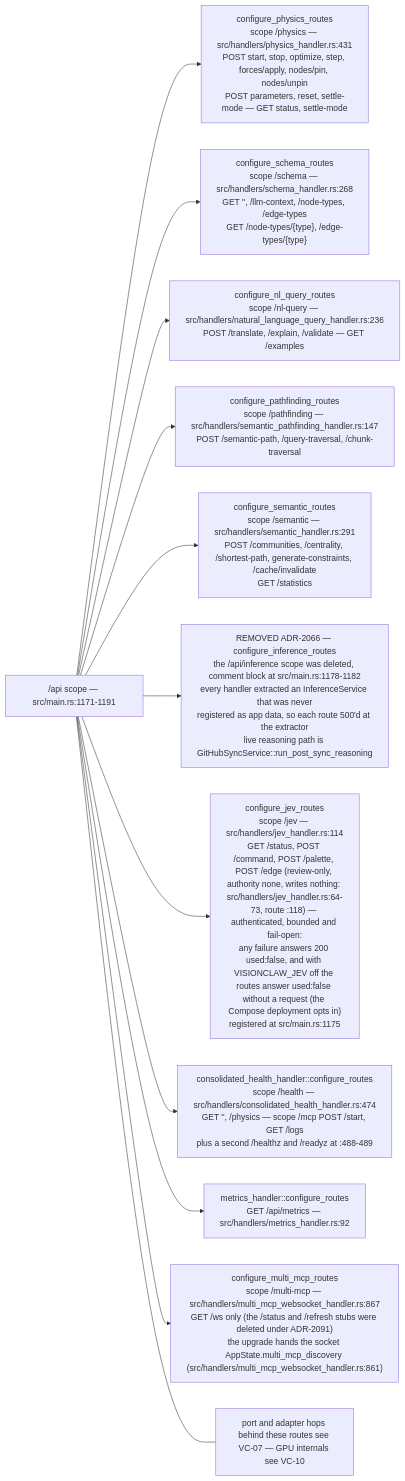
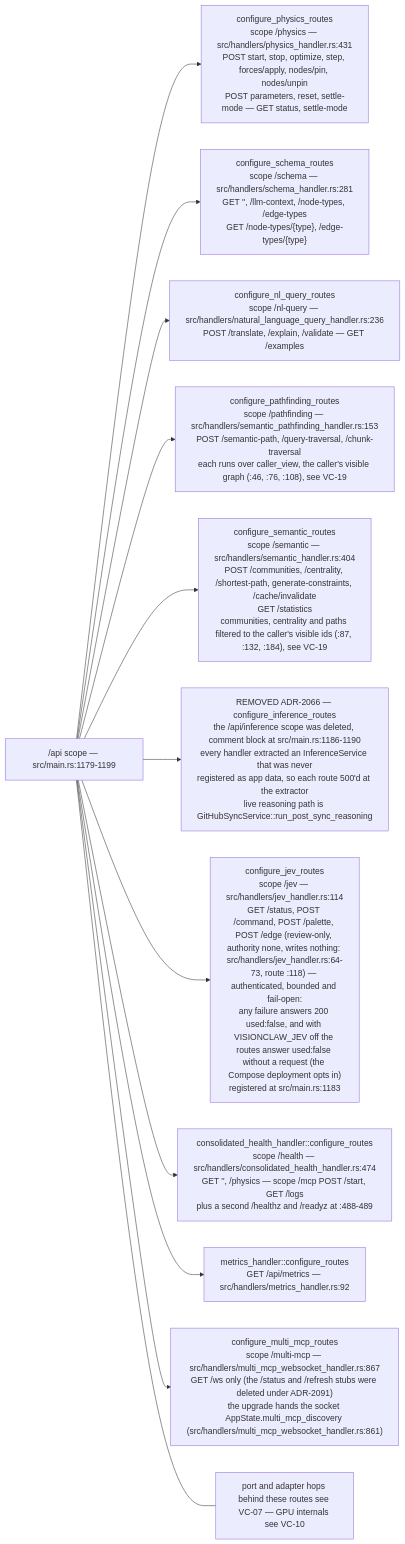
One commit to DreamLab-AI/VisionFlow changed the tenth of 13 diagrams in docs/diagrams/visionclaw/01-boot-and-app-state.md. Above: the diagram before and after it, drawn with Mermaid. The commit also changed other lines of this file and 56 other files, not shown here.

First line of the commit message:
docs(diagrams): re-verify VisionClaw topics at ec785afa9, add VC-19/56/57 and the VisionClaw register

````diff
--- a/docs/diagrams/visionclaw/01-boot-and-app-state.md
+++ b/docs/diagrams/visionclaw/01-boot-and-app-state.md
@@ -428,16 +442,16 @@
 ```mermaid
 flowchart LR
-    S["/api scope — src/main.rs:1171-1191"]
+    S["/api scope — src/main.rs:1179-1199"]
     S --> P["configure_physics_routes<br/>scope /physics — src/handlers/physics_handler.rs:431<br/>POST start, stop, optimize, step, forces/apply, nodes/pin, nodes/unpin<br/>POST parameters, reset, settle-mode — GET status, settle-mode"]
-    S --> SC["configure_schema_routes<br/>scope /schema — src/handlers/schema_handler.rs:268<br/>GET '', /llm-context, /node-types, /edge-types<br/>GET /node-types/{type}, /edge-types/{type}"]
+    S --> SC["configure_schema_routes<br/>scope /schema — src/handlers/schema_handler.rs:281<br/>GET '', /llm-context, /node-types, /edge-types<br/>GET /node-types/{type}, /edge-types/{type}"]
     S --> NL["configure_nl_query_routes<br/>scope /nl-query — src/handlers/natural_language_query_handler.rs:236<br/>POST /translate, /explain, /validate — GET /examples"]
-    S --> PF["configure_pathfinding_routes<br/>scope /pathfinding — src/handlers/semantic_pathfinding_handler.rs:147<br/>POST /semantic-path, /query-traversal, /chunk-traversal"]
-    S --> SM["configure_semantic_routes<br/>scope /semantic — src/handlers/semantic_handler.rs:291<br/>POST /communities, /centrality, /shortest-path, generate-constraints, /cache/invalidate<br/>GET /statistics"]
-    S --> IN["REMOVED ADR-2066 — configure_inference_routes<br/>the /api/inference scope was deleted, comment block at src/main.rs:1178-1182<br/>every handler extracted an InferenceService that was never<br/>registered as app data, so each route 500'd at the extractor<br/>live reasoning path is GitHubSyncService::run_post_sync_reasoning"]
-    S --> JV["configure_jev_routes<br/>scope /jev — src/handlers/jev_handler.rs:114<br/>GET /status, POST /command, POST /palette, POST /edge (review-only, authority none, writes nothing: src/handlers/jev_handler.rs:64-73, route :118) — authenticated, bounded and fail-open:<br/>any failure answers 200 used:false, and with VISIONCLAW_JEV off the routes answer used:false without a request (the Compose deployment opts in)<br/>registered at src/main.rs:1175"]
+    S --> PF["configure_pathfinding_routes<br/>scope /pathfinding — src/handlers/semantic_pathfinding_handler.rs:153<br/>POST /semantic-path, /query-traversal, /chunk-traversal<br/>each runs over caller_view, the caller's visible graph (:46, :76, :108), see VC-19"]
+    S --> SM["configure_semantic_routes<br/>scope /semantic — src/handlers/semantic_handler.rs:404<br/>POST /communities, /centrality, /shortest-path, generate-constraints, /cache/invalidate<br/>GET /statistics<br/>communities, centrality and paths filtered to the caller's visible ids (:87, :132, :184), see VC-19"]
+    S --> IN["REMOVED ADR-2066 — configure_inference_routes<br/>the /api/inference scope was deleted, comment block at src/main.rs:1186-1190<br/>every handler extracted an InferenceService that was never<br/>registered as app data, so each route 500'd at the extractor<br/>live reasoning path is GitHubSyncService::run_post_sync_reasoning"]
+    S --> JV["configure_jev_routes<br/>scope /jev — src/handlers/jev_handler.rs:114<br/>GET /status, POST /command, POST /palette, POST /edge (review-only, authority none, writes nothing: src/handlers/jev_handler.rs:64-73, route :118) — authenticated, bounded and fail-open:<br/>any failure answers 200 used:false, and with VISIONCLAW_JEV off the routes answer used:false without a request (the Compose deployment opts in)<br/>registered at src/main.rs:1183"]
     S --> HE["consolidated_health_handler::configure_routes<br/>scope /health — src/handlers/consolidated_health_handler.rs:474<br/>GET '', /physics — scope /mcp POST /start, GET /logs<br/>plus a second /healthz and /readyz at :488-489"]
     S --> ME["metrics_handler::configure_routes<br/>GET /api/metrics — src/handlers/metrics_handler.rs:92"]
     S --> MM["configure_multi_mcp_routes<br/>scope /multi-mcp — src/handlers/multi_mcp_websocket_handler.rs:867<br/>GET /ws only (the /status and /refresh stubs were deleted under ADR-2091)<br/>the upgrade hands the socket AppState.multi_mcp_discovery (src/handlers/multi_mcp_websocket_handler.rs:861)"]
     N["port and adapter hops behind these routes see VC-07 — GPU internals see VC-10"]
     S --- N
 ```
````
